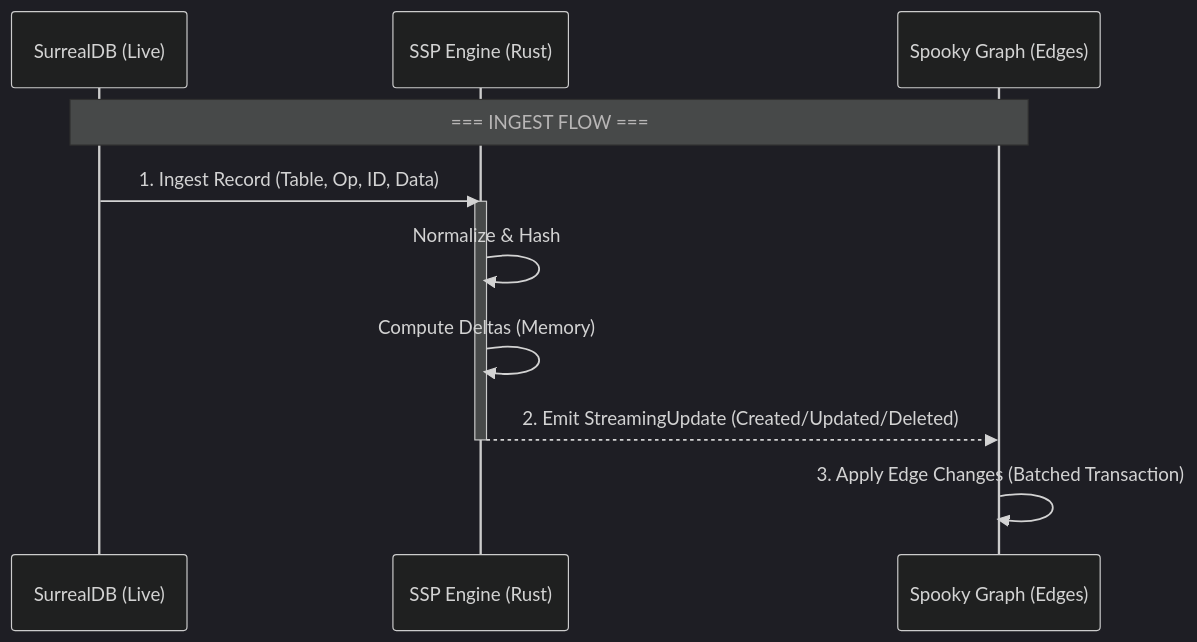
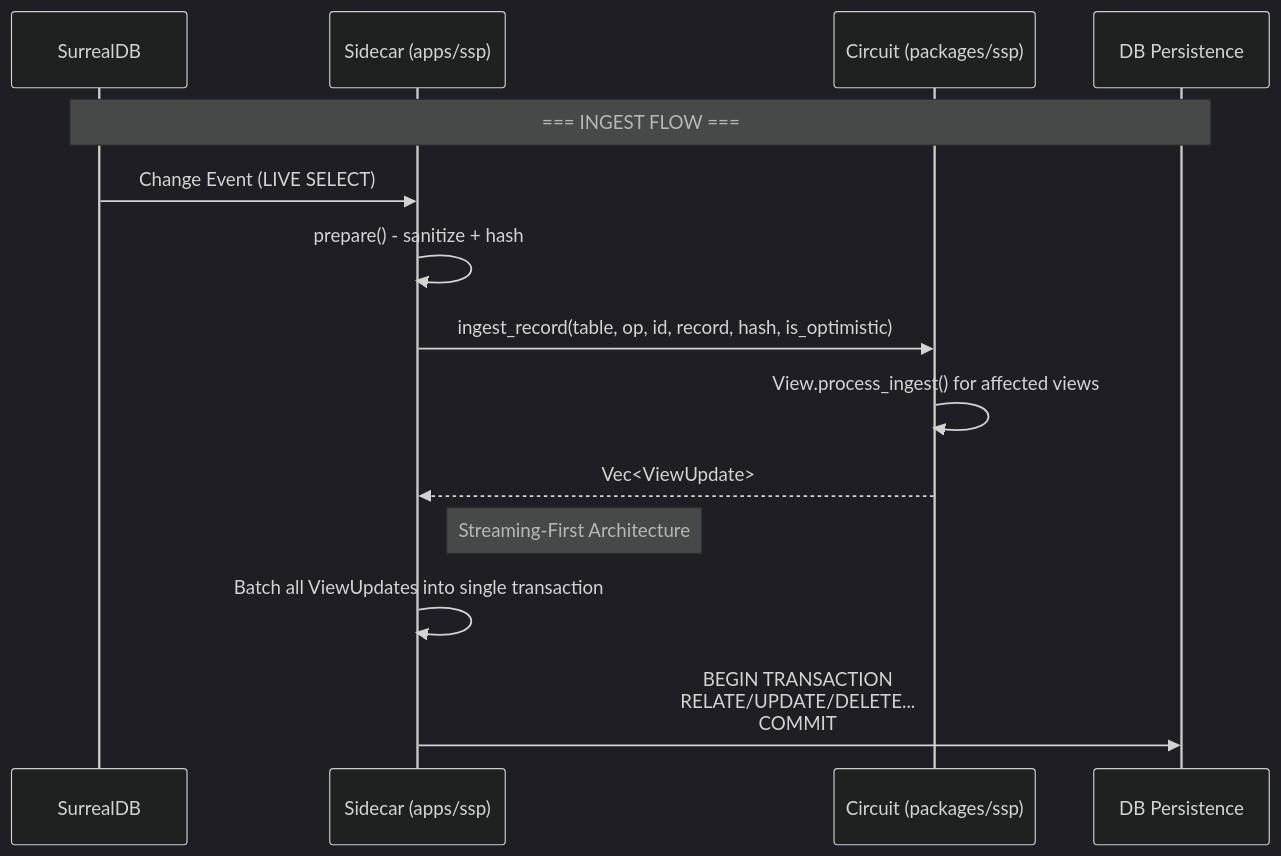
Before and after one commit to mono424/spooky: the diagram in packages/ssp/README.md, drawn with Mermaid (dark theme). The commit also changed other lines of this file, not shown here.

First line of the commit message:
docs(ssp): revert to detailed readme format with latest architecture updates

````diff
--- a/packages/ssp/README.md
+++ b/packages/ssp/README.md
@@ -36,17 +21,19 @@
 ```mermaid
 sequenceDiagram
-    participant Source as SurrealDB (Live)
-    participant Engine as SSP Engine (Rust)
-    participant State as Spooky Graph (Edges)
+    participant DB as SurrealDB
+    participant SC as Sidecar (apps/ssp)
+    participant DBSP as Circuit (packages/ssp)
+    participant OUT as DB Persistence
 
-    Note over Source, State: === INGEST FLOW ===
+    Note over DB,OUT: === INGEST FLOW ===
 
-    Source->>Engine: 1. Ingest Record (Table, Op, ID, Data)
-    activate Engine
-    Engine->>Engine: Normalize & Hash
-    Engine->>Engine: Compute Deltas (Memory)
-    Engine-->>State: 2. Emit StreamingUpdate (Created/Updated/Deleted)
-    deactivate Engine
+    DB->>SC: Change Event (LIVE SELECT)
+    SC->>SC: prepare() - sanitize + hash
+    SC->>DBSP: ingest_record(table, op, id, record, hash, is_optimistic)
+    DBSP->>DBSP: View.process_ingest() for affected views
+    DBSP-->>SC: Vec<ViewUpdate>
 
-    State->>State: 3. Apply Edge Changes (Batched Transaction)
+    Note right of SC: Streaming-First Architecture
+    SC->>SC: Batch all ViewUpdates into single transaction
+    SC->>OUT: BEGIN TRANSACTION<br/>RELATE/UPDATE/DELETE...<br/>COMMIT
 ```
````
